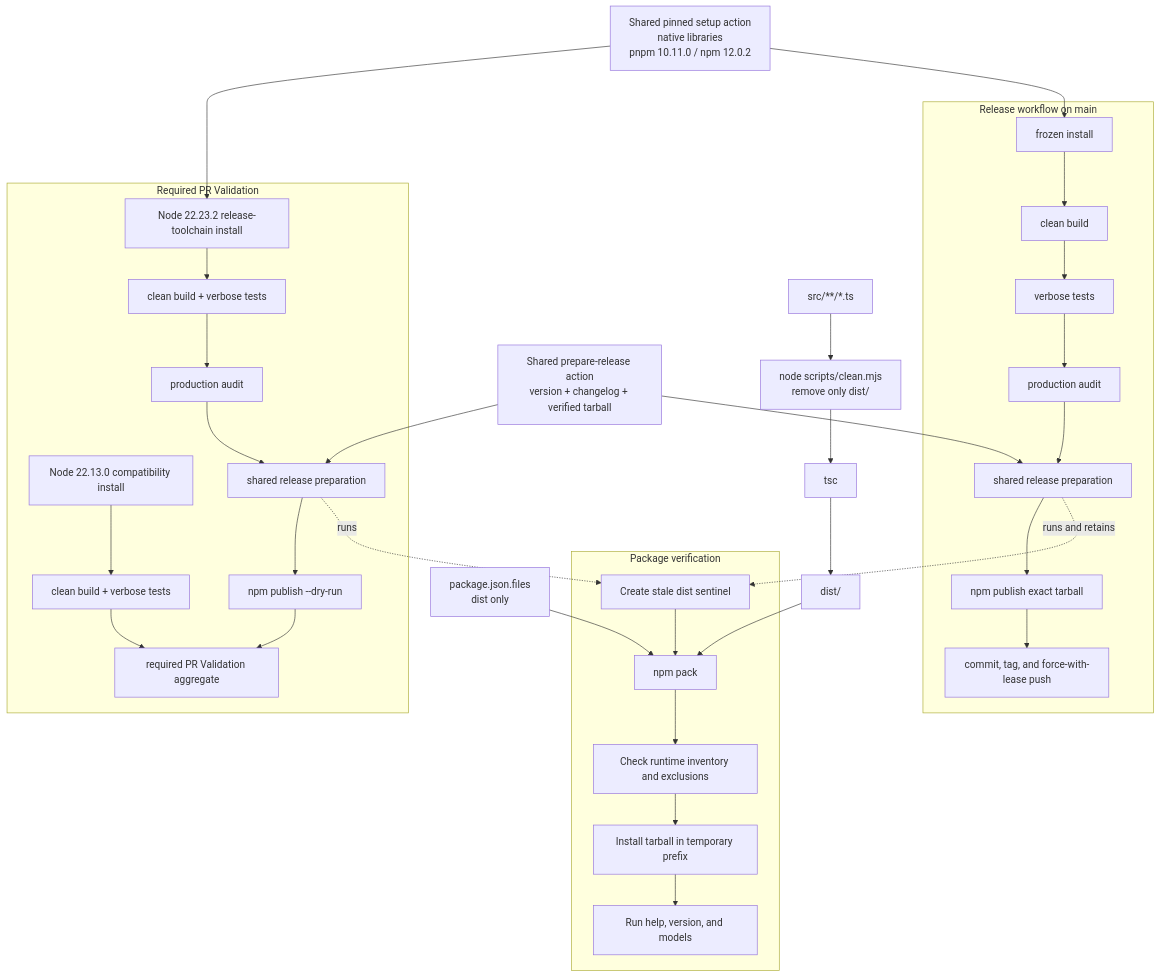
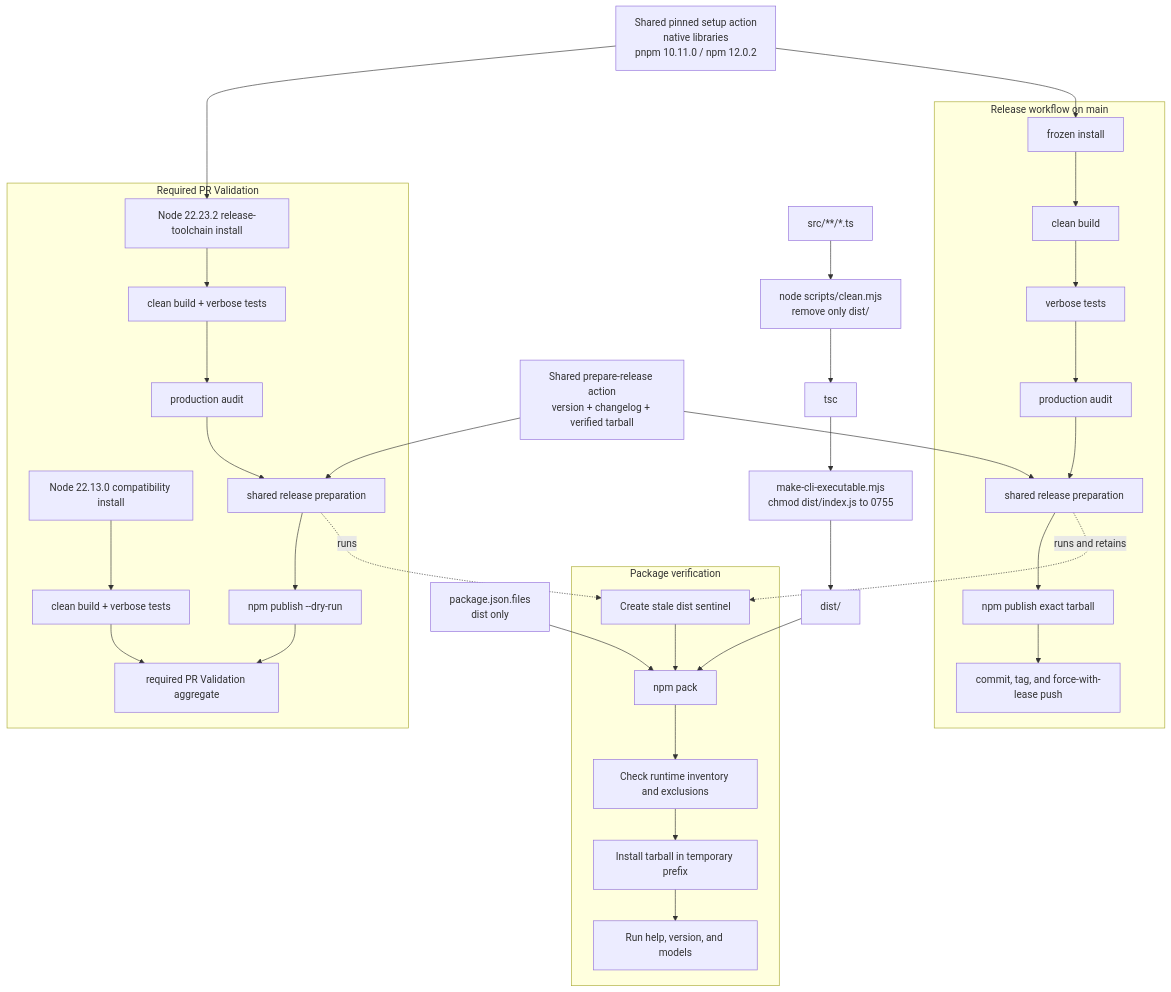
One commit to AndrewHuffman/hey-ai changed the tenth of 10 diagrams in docs/architecture.md. Above: the diagram before and after it, drawn with Mermaid. The commit also changed other lines of this file and 5 other files, not shown here.

Commit message:
fix(build): restore CLI executable permissions after compilation

````diff
--- a/docs/architecture.md
+++ b/docs/architecture.md
@@ -417,44 +418,45 @@
 ```mermaid
 flowchart TB
     Source["src/**/*.ts"] --> Clean["node scripts/clean.mjs<br/>remove only dist/"]
     Clean --> Build["tsc"]
-    Build --> Dist["dist/"]
+    Build --> Permissions["make-cli-executable.mjs<br/>chmod dist/index.js to 0755"]
+    Permissions --> Dist["dist/"]
     Allowlist["package.json.files<br/>dist only"] --> Pack["npm pack"]
     Dist --> Pack
 
     subgraph Smoke["Package verification"]
         Stale["Create stale dist sentinel"] --> Pack
         Pack --> Inventory["Check runtime inventory and exclusions"]
         Inventory --> InstallTar["Install tarball in temporary prefix"]
         InstallTar --> Commands["Run help, version, and models"]
     end
 
     Setup["Shared pinned setup action<br/>native libraries<br/>pnpm 10.11.0 / npm 12.0.2"]
     Prepare["Shared prepare-release action<br/>version + changelog + verified tarball"]
 
     subgraph CI["Required PR Validation"]
         MinInstall["Node 22.13.0 compatibility install"] --> MinBuild["clean build + verbose tests"]
         InstallCI["Node 22.23.2 release-toolchain install"] --> BuildCI["clean build + verbose tests"]
         BuildCI --> AuditCI["production audit"]
         AuditCI --> SmokeCI["shared release preparation"]
         SmokeCI --> DryRun["npm publish --dry-run"]
         MinBuild --> GateCI["required PR Validation aggregate"]
         DryRun --> GateCI["required PR Validation aggregate"]
     end
 
     subgraph Release["Release workflow on main"]
         InstallRelease["frozen install"] --> BuildRelease["clean build"]
         BuildRelease --> TestRelease["verbose tests"]
         TestRelease --> AuditRelease["production audit"]
         AuditRelease --> VerifyRelease["shared release preparation"]
         VerifyRelease --> Publish["npm publish exact tarball"]
         Publish --> Commit["commit, tag, and force-with-lease push"]
     end
 
     Setup --> InstallCI
     Setup --> InstallRelease
     Prepare --> SmokeCI
     Prepare --> VerifyRelease
     SmokeCI -. "runs" .-> Stale
     VerifyRelease -. "runs and retains" .-> Stale
 ```
````
